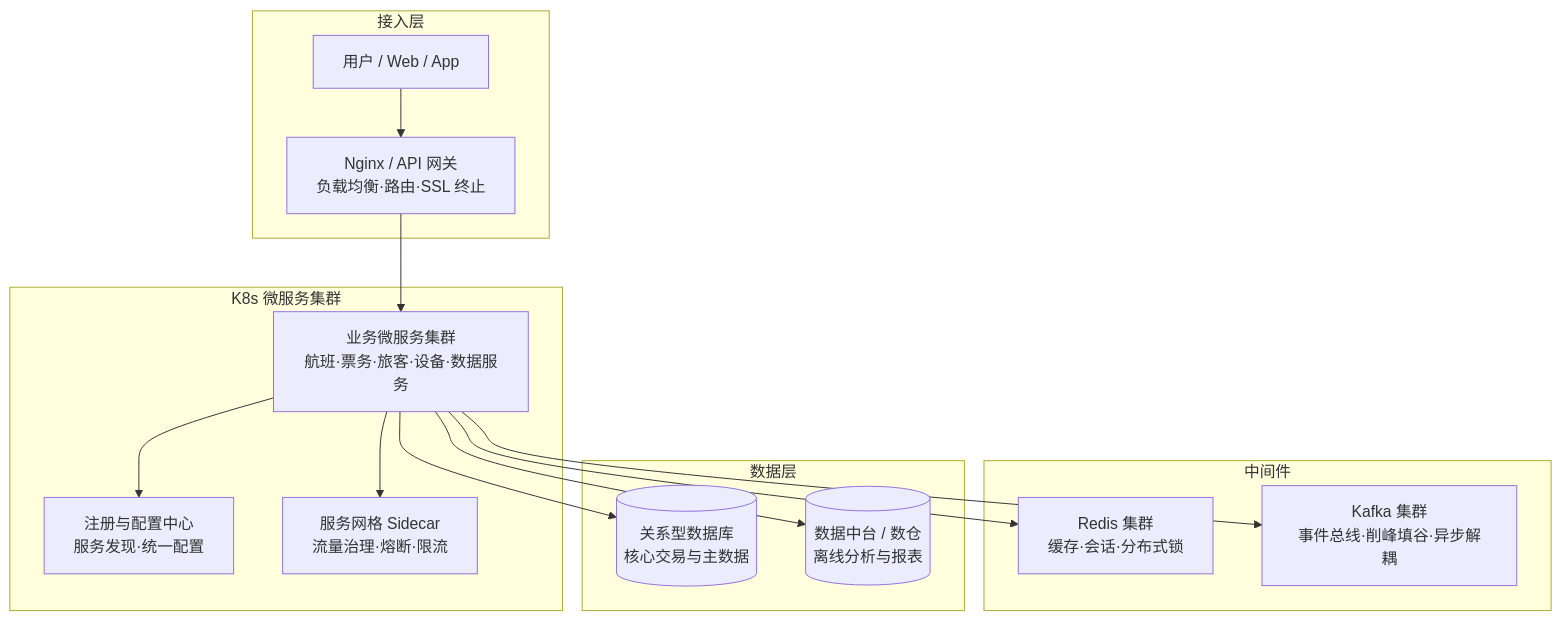
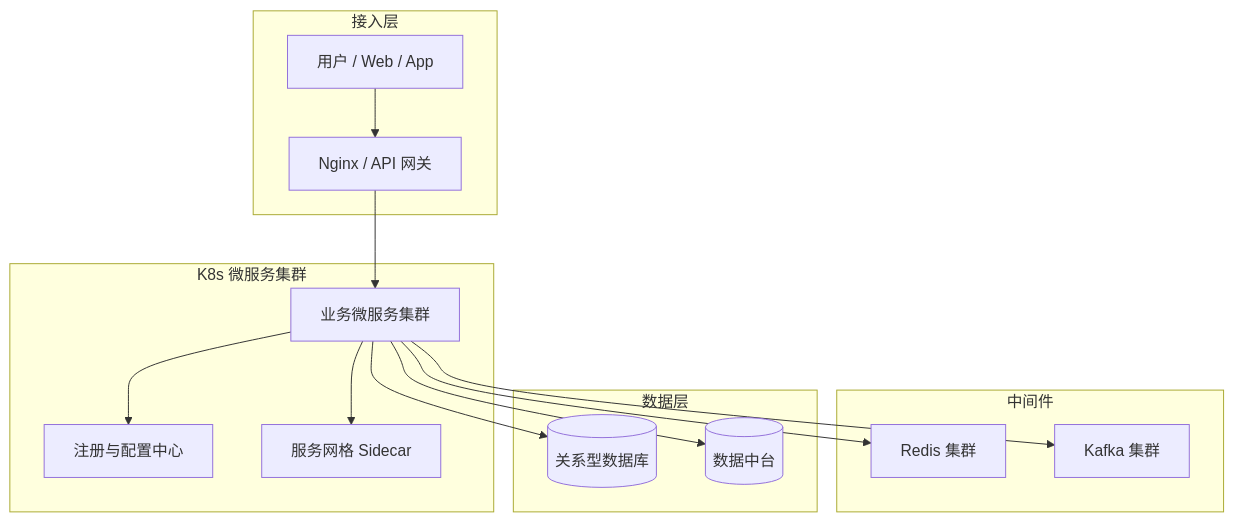
One commit to weinloop/architecture changed the diagram in 论文背诵版/云原生/1.云原生架构.md. Above: the diagram before and after it, drawn with Mermaid. The commit also changed other lines of this file and 5 other files, not shown here.

````diff
--- a/论文背诵版/云原生/1.云原生架构.md
+++ b/论文背诵版/云原生/1.云原生架构.md
@@ -79,22 +55,22 @@
 ```mermaid
 flowchart TB
   subgraph 接入层
-    U[用户 / Web / App] --> N[Nginx / API 网关\n负载均衡·路由·SSL 终止]
+    U[用户 / Web / App] --> N[Nginx / API 网关]
   end
 
   subgraph 应用层[K8s 微服务集群]
-    N --> S[业务微服务集群\n航班·票务·旅客·设备·数据服务]
-    S --> Cfg[注册与配置中心\n服务发现·统一配置]
-    S --> SM[服务网格 Sidecar\n流量治理·熔断·限流]
+    N --> S[业务微服务集群]
+    S --> Cfg[注册与配置中心]
+    S --> SM[服务网格 Sidecar]
   end
 
   subgraph 中间件
-    S --> R[Redis 集群\n缓存·会话·分布式锁]
-    S --> K[Kafka 集群\n事件总线·削峰填谷·异步解耦]
+    S --> R[Redis 集群]
+    S --> K[Kafka 集群]
   end
 
   subgraph 数据层
-    S --> DB[(关系型数据库\n核心交易与主数据)]
-    S --> DWH[(数据中台 / 数仓\n离线分析与报表)]
+    S --> DB[(关系型数据库)]
+    S --> DWH[(数据中台)]
   end
 ```
````
